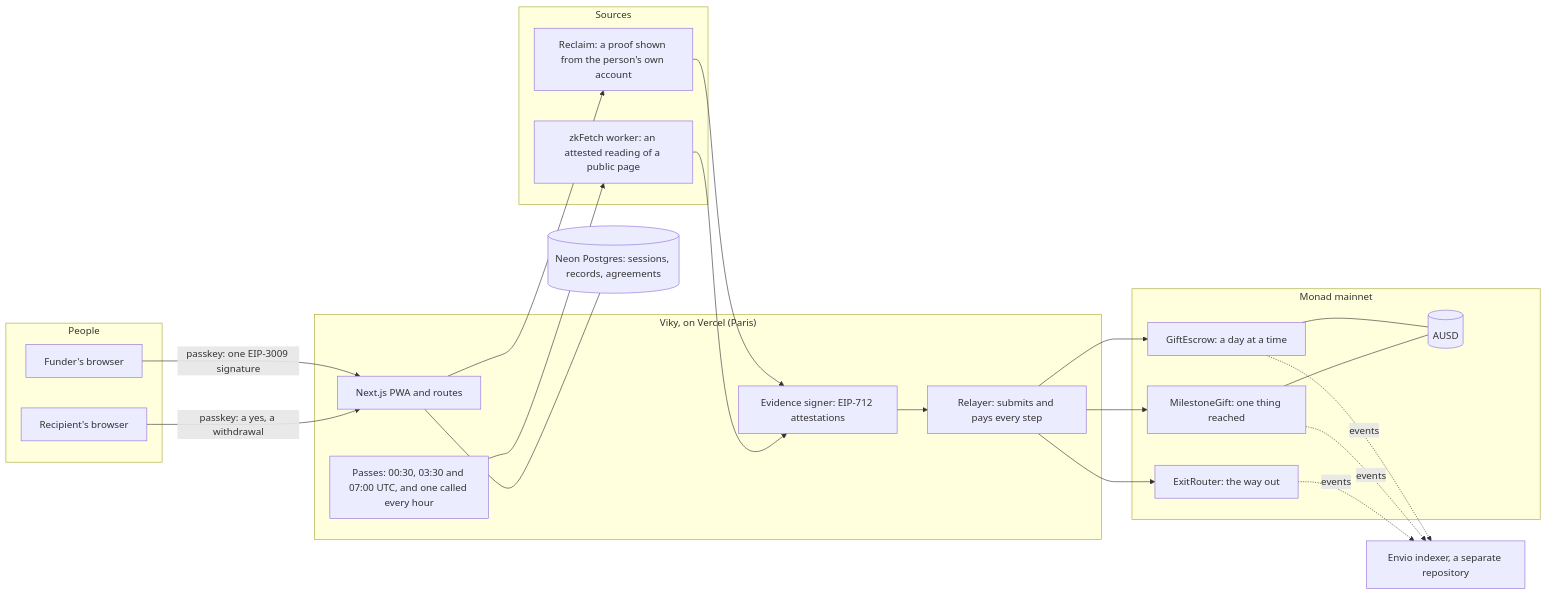
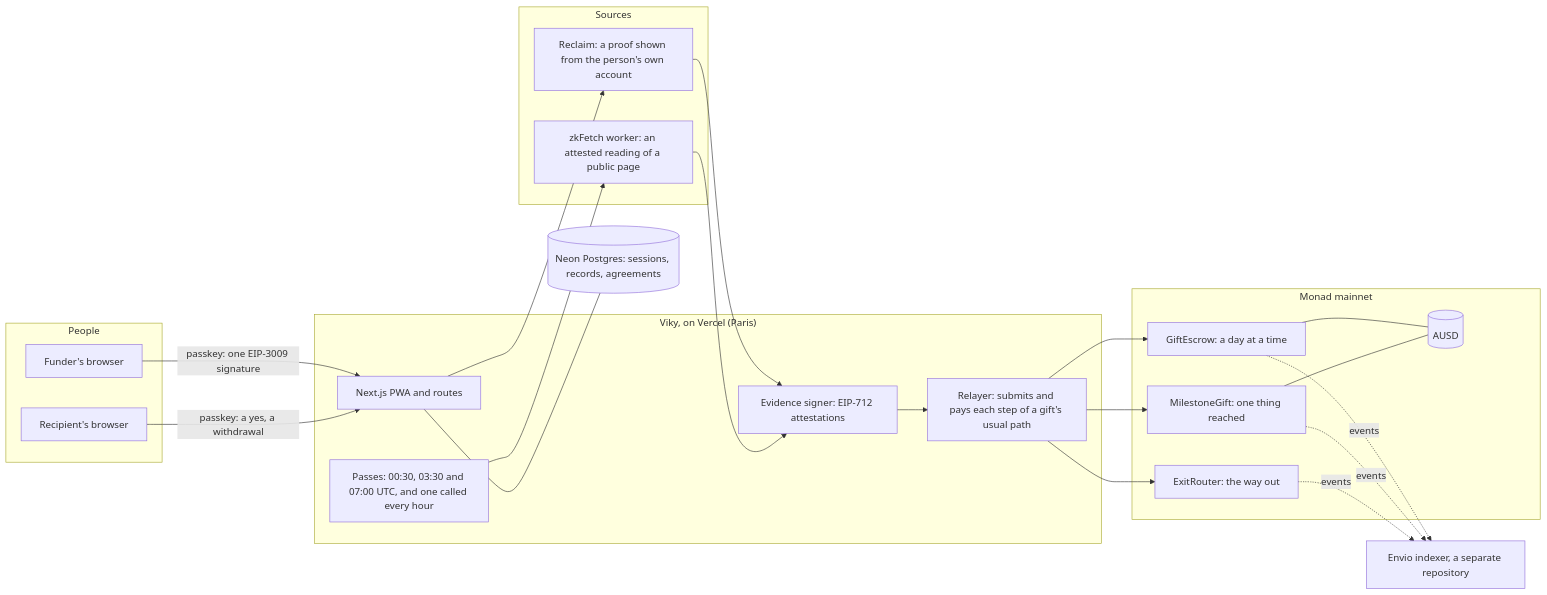
The diagram in README.md (RedGnad/Viky), drawn with Mermaid before and after one commit. The commit also changed other lines of this file and 30 other files, not shown here.

````diff
--- a/README.md
+++ b/README.md
@@ -230,41 +243,41 @@
 ```mermaid
 flowchart LR
   subgraph People
     F[Funder's browser]
     R[Recipient's browser]
   end
   subgraph Viky["Viky, on Vercel (Paris)"]
     APP[Next.js PWA and routes]
-    REL[Relayer: submits and pays every step]
+    REL[Relayer: submits and pays each step of a gift's usual path]
     SIG[Evidence signer: EIP-712 attestations]
     CRON[Passes: 00:30, 03:30 and 07:00 UTC, and one called every hour]
   end
   DB[(Neon Postgres: sessions, records, agreements)]
   subgraph Sources
     RCL[Reclaim: a proof shown from the person's own account]
     ZK[zkFetch worker: an attested reading of a public page]
   end
   subgraph Monad["Monad mainnet"]
     GE[GiftEscrow: a day at a time]
     MG[MilestoneGift: one thing reached]
     ER[ExitRouter: the way out]
     AUSD[(AUSD)]
   end
   IDX[Envio indexer, a separate repository]
   F -- "passkey: one EIP-3009 signature" --> APP
   R -- "passkey: a yes, a withdrawal" --> APP
   APP --- DB
   APP --> RCL
   CRON --> ZK
   RCL --> SIG
   ZK --> SIG
   SIG --> REL
   REL --> GE
   REL --> MG
   REL --> ER
   GE --- AUSD
   MG --- AUSD
   GE -. events .-> IDX
   MG -. events .-> IDX
   ER -. events .-> IDX
 ```
````
